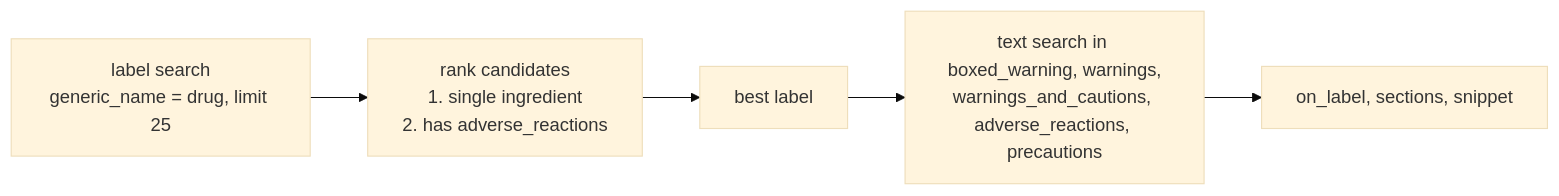
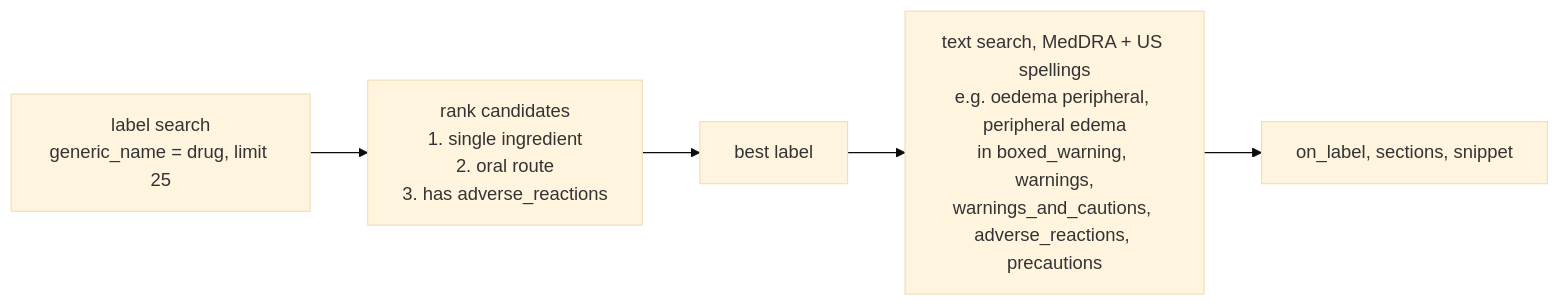
Before and after one commit to banerjeearun/side-effect-fact-check: the seventh of 11 diagrams in architecture/flow-diagram.md, drawn with Mermaid (base theme). The commit also changed other lines of this file and 5 other files, not shown here.

````diff
--- a/architecture/flow-diagram.md
+++ b/architecture/flow-diagram.md
@@ -243,7 +247,7 @@
 ```mermaid
 flowchart LR
-    s["label search<br/>generic_name = drug, limit 25"] --> rank["rank candidates<br/>1. single ingredient<br/>2. has adverse_reactions"]
+    s["label search<br/>generic_name = drug, limit 25"] --> rank["rank candidates<br/>1. single ingredient<br/>2. oral route<br/>3. has adverse_reactions"]
     rank --> best["best label"]
-    best --> scan["text search in boxed_warning, warnings,<br/>warnings_and_cautions, adverse_reactions, precautions"]
+    best --> scan["text search, MedDRA + US spellings<br/>e.g. oedema peripheral, peripheral edema<br/>in boxed_warning, warnings,<br/>warnings_and_cautions, adverse_reactions, precautions"]
     scan --> out["on_label, sections, snippet"]
 ```
````
